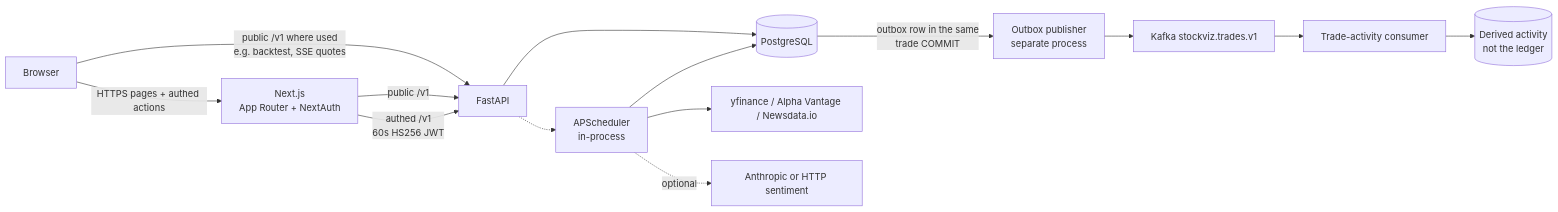
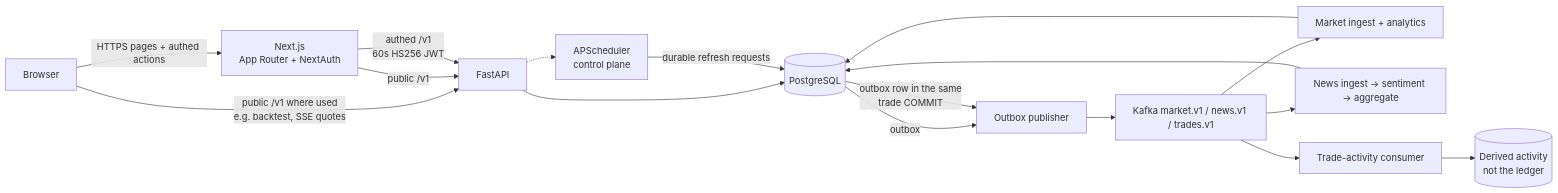
One commit to itsmanudon/stock-viz-simulator changed the diagram in README.md. Above: the diagram before and after it, drawn with Mermaid. The commit also changed other lines of this file and 35 other files, not shown here.

First line of the commit message:
feat: event-driven market and news Kafka pipeline

````diff
--- a/README.md
+++ b/README.md
@@ -43,16 +43,19 @@
 ```mermaid
 flowchart LR
   Browser -->|"HTTPS pages + authed actions"| Web["Next.js<br/>App Router + NextAuth"]
   Browser -->|"public /v1 where used<br/>e.g. backtest, SSE quotes"| API["FastAPI"]
   Web -->|"public /v1"| API
   Web -->|"authed /v1<br/>60s HS256 JWT"| API
   API --> PG[("PostgreSQL")]
-  API -.-> Sch["APScheduler<br/>in-process"]
-  Sch --> PG
-  Sch --> Ext["yfinance / Alpha Vantage / Newsdata.io"]
-  Sch -.->|"optional"| Sent["Anthropic or HTTP sentiment"]
-  PG -->|"outbox row in the same<br/>trade COMMIT"| Pub["Outbox publisher<br/>separate process"]
-  Pub --> Kafka["Kafka stockviz.trades.v1"]
+  API -.-> Sch["APScheduler<br/>control plane"]
+  Sch -->|"durable refresh requests"| PG
+  PG -->|"outbox"| Pub["Outbox publisher"]
+  Pub --> Kafka["Kafka market.v1 / news.v1 / trades.v1"]
+  Kafka --> Mkt["Market ingest + analytics"]
+  Kafka --> News["News ingest → sentiment → aggregate"]
   Kafka --> Cons["Trade-activity consumer"]
+  Mkt --> PG
+  News --> PG
   Cons --> Derived[("Derived activity<br/>not the ledger")]
+  PG -->|"outbox row in the same<br/>trade COMMIT"| Pub
 ```
````
